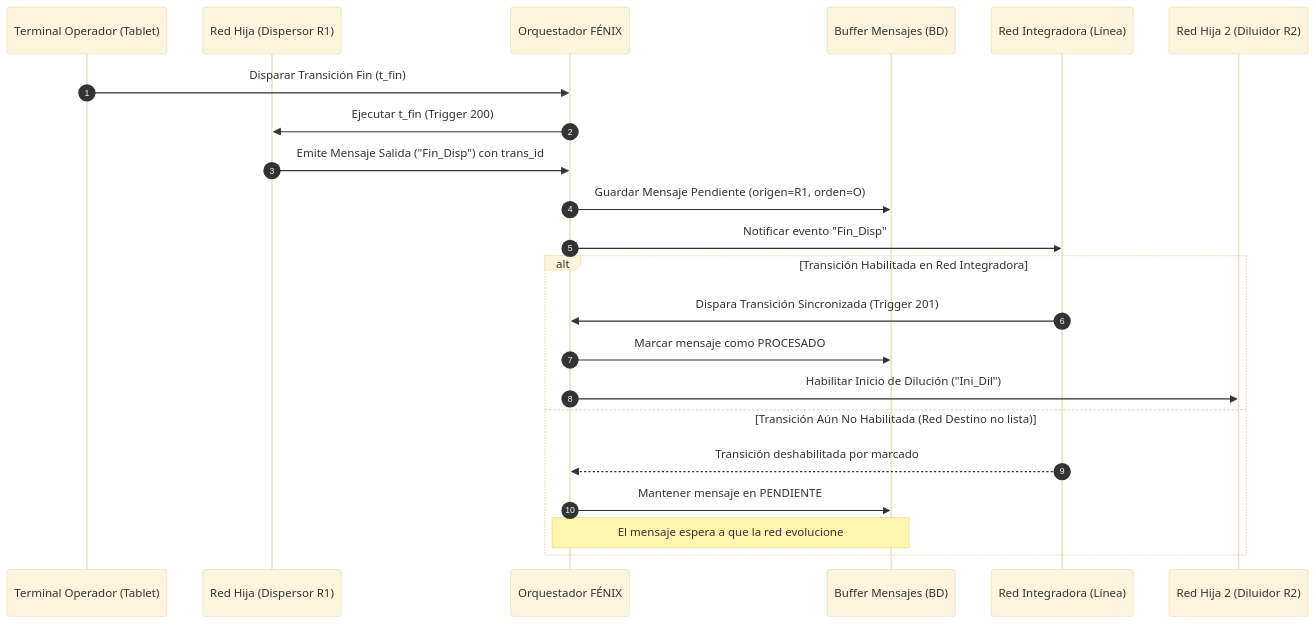
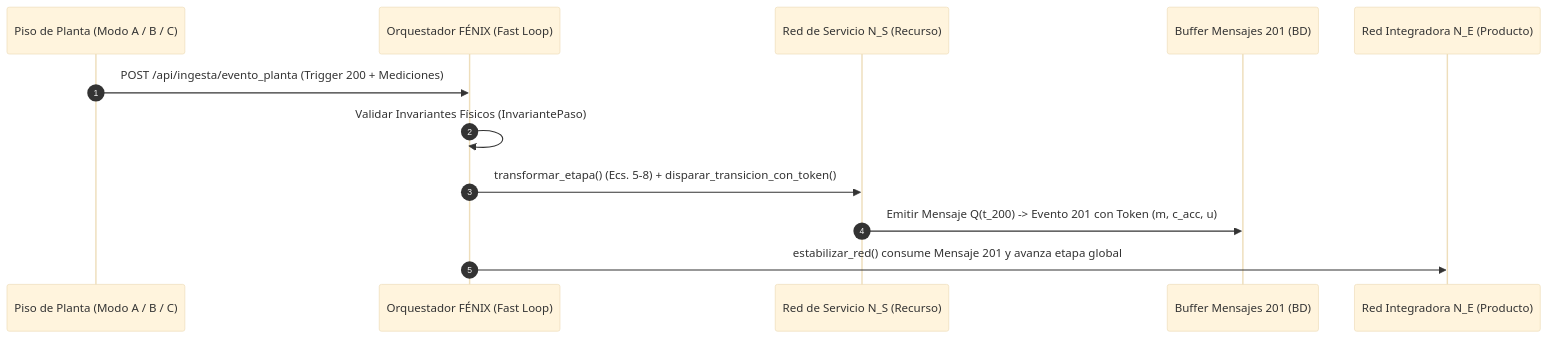
Before and after one commit to echacon/sgofenix: the second of 2 diagrams in Manual_Tecnico_Final_MOM.md, drawn with Mermaid (base theme). The commit also changed other lines of this file and 14 other files, not shown here.

````diff
--- a/Manual_Tecnico_Final_MOM.md
+++ b/Manual_Tecnico_Final_MOM.md
@@ -116,26 +119,15 @@
 ```mermaid
 sequenceDiagram
     autonumber
-    participant Operador as Terminal Operador (Tablet)
-    participant RedHija as Red Hija (Dispersor R1)
-    participant Orquestador as Orquestador FÉNIX
-    participant Buffer as Buffer Mensajes (BD)
-    participant RedIntegradora as Red Integradora (Línea)
-    participant RedHija2 as Red Hija 2 (Diluidor R2)
+    participant Fuente as Piso de Planta (Modo A / B / C)
+    participant Orq as Orquestador FÉNIX (Fast Loop)
+    participant RedS as Red de Servicio N_S (Recurso)
+    participant Buffer as Buffer Mensajes 201 (BD)
+    participant RedE as Red Integradora N_E (Producto)
 
-    Operador->>Orquestador: Disparar Transición Fin (t_fin)
-    Orquestador->>RedHija: Ejecutar t_fin (Trigger 200)
-    RedHija->>Orquestador: Emite Mensaje Salida ("Fin_Disp") con trans_id
-    Orquestador->>Buffer: Guardar Mensaje Pendiente (origen=R1, orden=O)
-    Orquestador->>RedIntegradora: Notificar evento "Fin_Disp"
-    
-    alt Transición Habilitada en Red Integradora
-        RedIntegradora->>Orquestador: Dispara Transición Sincronizada (Trigger 201)
-        Orquestador->>Buffer: Marcar mensaje como PROCESADO
-        Orquestador->>RedHija2: Habilitar Inicio de Dilución ("Ini_Dil")
-    else Transición Aún No Habilitada (Red Destino no lista)
-        RedIntegradora-->>Orquestador: Transición deshabilitada por marcado
-        Orquestador->>Buffer: Mantener mensaje en PENDIENTE
-        Note over Orquestador,Buffer: El mensaje espera a que la red evolucione
-    end
+    Fuente->>Orq: POST /api/ingesta/evento_planta (Trigger 200 + Mediciones)
+    Orq->>Orq: Validar Invariantes Físicos (InvariantePaso)
+    Orq->>RedS: transformar_etapa() (Ecs. 5-8) + disparar_transicion_con_token()
+    RedS->>Buffer: Emitir Mensaje Q(t_200) -> Evento 201 con Token (m, c_acc, u)
+    Orq->>RedE: estabilizar_red() consume Mensaje 201 y avanza etapa global
 ```
````
